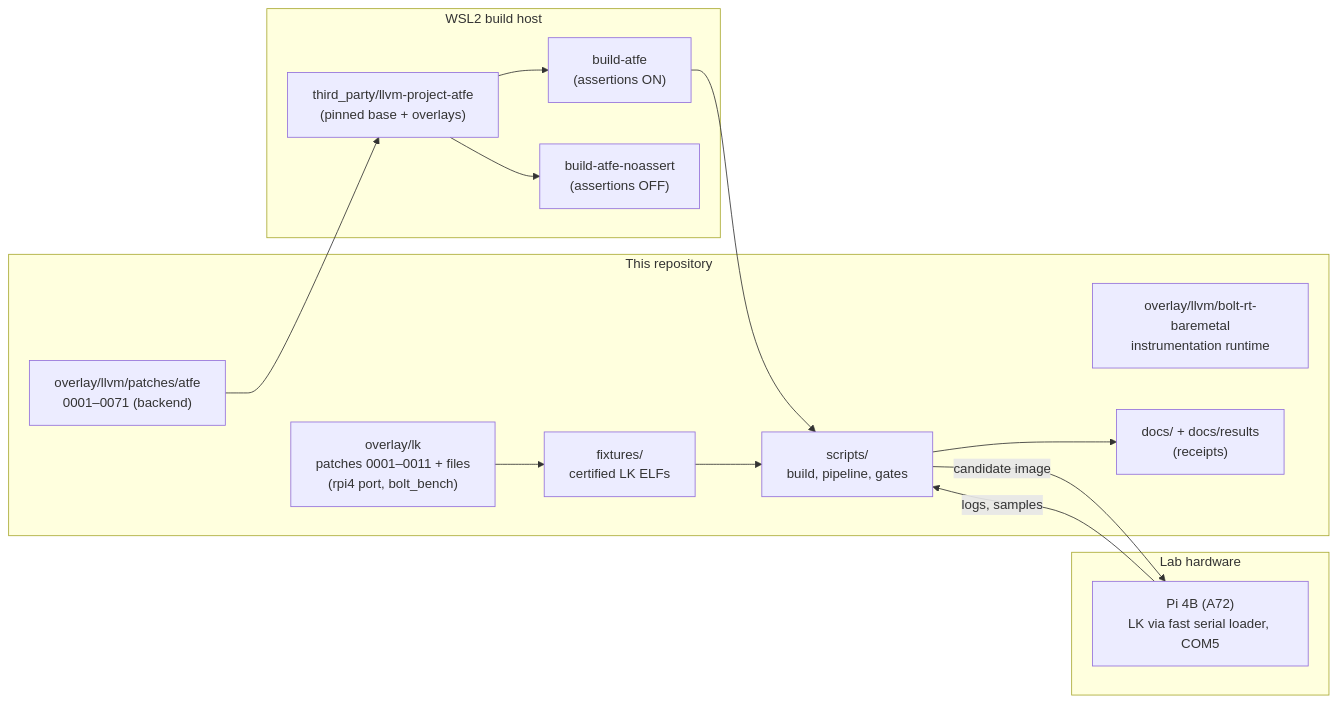
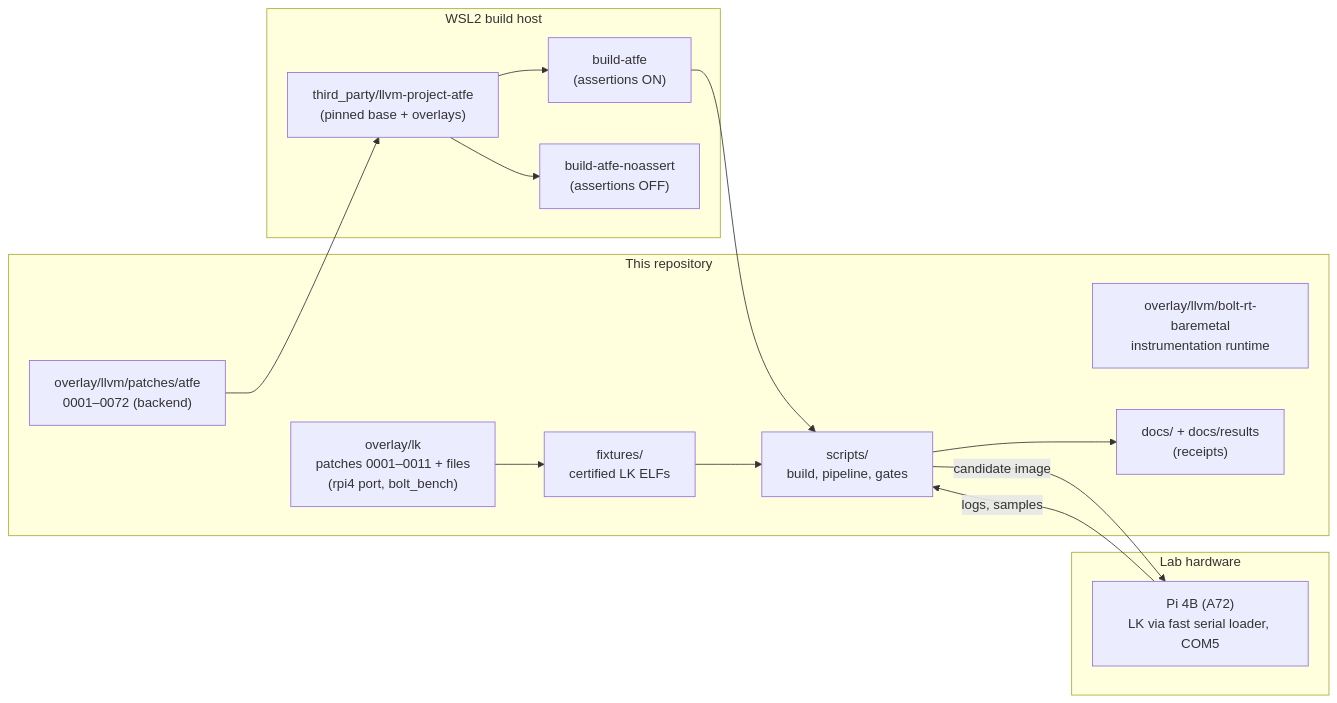
Before and after one commit to shadowfax80/bolt-aarch32: the first of 5 diagrams in docs/AARCH32_BACKEND_ARCHITECTURE.md, drawn with Mermaid. The commit also changed other lines of this file and 13 other files, not shown here.

````diff
--- a/docs/AARCH32_BACKEND_ARCHITECTURE.md
+++ b/docs/AARCH32_BACKEND_ARCHITECTURE.md
@@ -42,26 +42,26 @@
 ```mermaid
 flowchart LR
   subgraph repo["This repository"]
-    OV["overlay/llvm/patches/atfe<br/>0001–0071 (backend)"]
+    OV["overlay/llvm/patches/atfe<br/>0001–0072 (backend)"]
     LKOV["overlay/lk<br/>patches 0001–0011 + files<br/>(rpi4 port, bolt_bench)"]
     RT["overlay/llvm/bolt-rt-baremetal<br/>instrumentation runtime"]
     SC["scripts/<br/>build, pipeline, gates"]
     DOC["docs/ + docs/results<br/>(receipts)"]
     FX["fixtures/<br/>certified LK ELFs"]
   end
   subgraph wsl["WSL2 build host"]
     LIVE["third_party/llvm-project-atfe<br/>(pinned base + overlays)"]
     ON["build-atfe<br/>(assertions ON)"]
     OFF["build-atfe-noassert<br/>(assertions OFF)"]
   end
   subgraph hw["Lab hardware"]
     PI["Pi 4B (A72)<br/>LK via fast serial loader, COM5"]
   end
   OV --> LIVE --> ON & OFF
   ON --> SC
   SC -->|candidate image| PI
   PI -->|logs, samples| SC
   SC --> DOC
   FX --> SC
   LKOV --> FX
 ```
````
